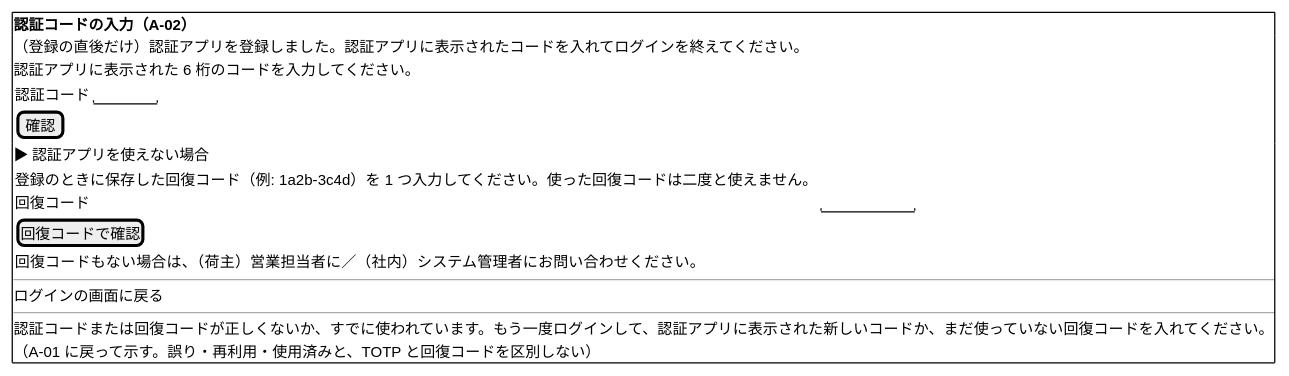
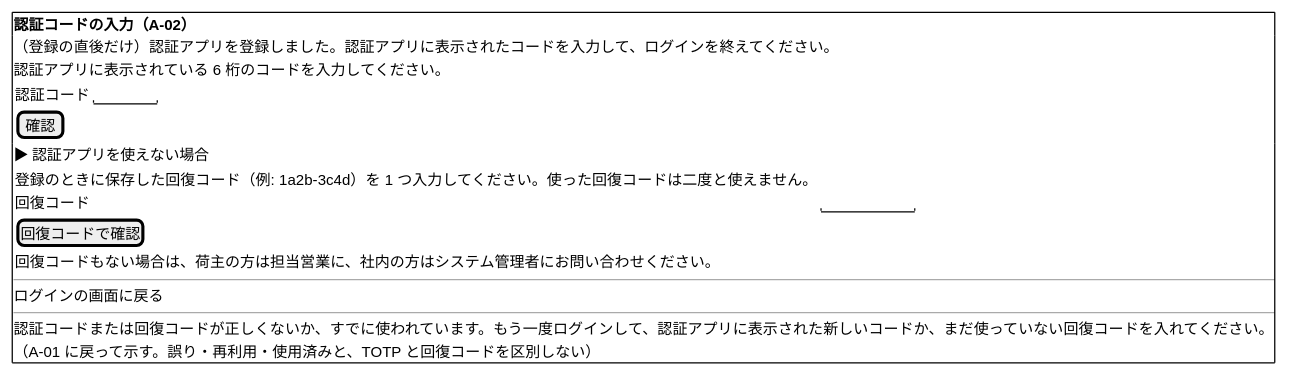
One commit to k2works/practical-domain-driven-design-in-enterpris-application changed the ninth of 26 diagrams in docs/design/cargo-tracker/ui_design.md. Above: the diagram before and after it, drawn with PlantUML. The commit also changed other lines of this file and 3 other files, not shown here.

````diff
--- a/docs/design/cargo-tracker/ui_design.md
+++ b/docs/design/cargo-tracker/ui_design.md
@@ -495,25 +495,25 @@
 ```plantuml
 @startsalt
 {+
   <b>認証コードの入力（A-02）
-  （登録の直後だけ）認証アプリを登録しました。認証アプリに表示されたコードを入れてログインを終えてください。
-  認証アプリに表示された 6 桁のコードを入力してください。
+  （登録の直後だけ）認証アプリを登録しました。認証アプリに表示されたコードを入力して、ログインを終えてください。
+  認証アプリに表示されている 6 桁のコードを入力してください。
   {
     認証コード | "      "
     [ 確認 ]
   }
   ▶ 認証アプリを使えない場合
   {
     登録のときに保存した回復コード（例: 1a2b-3c4d）を 1 つ入力してください。使った回復コードは二度と使えません。
     回復コード | "         "
     [ 回復コードで確認 ]
-    回復コードもない場合は、（荷主）営業担当者に／（社内）システム管理者にお問い合わせください。
+    回復コードもない場合は、荷主の方は担当営業に、社内の方はシステム管理者にお問い合わせください。
   }
   ---
   ログインの画面に戻る
   ---
   認証コードまたは回復コードが正しくないか、すでに使われています。もう一度ログインして、認証アプリに表示された新しいコードか、まだ使っていない回復コードを入れてください。
   （A-01 に戻って示す。誤り・再利用・使用済みと、TOTP と回復コードを区別しない）
 }
 @endsalt
 ```
````
